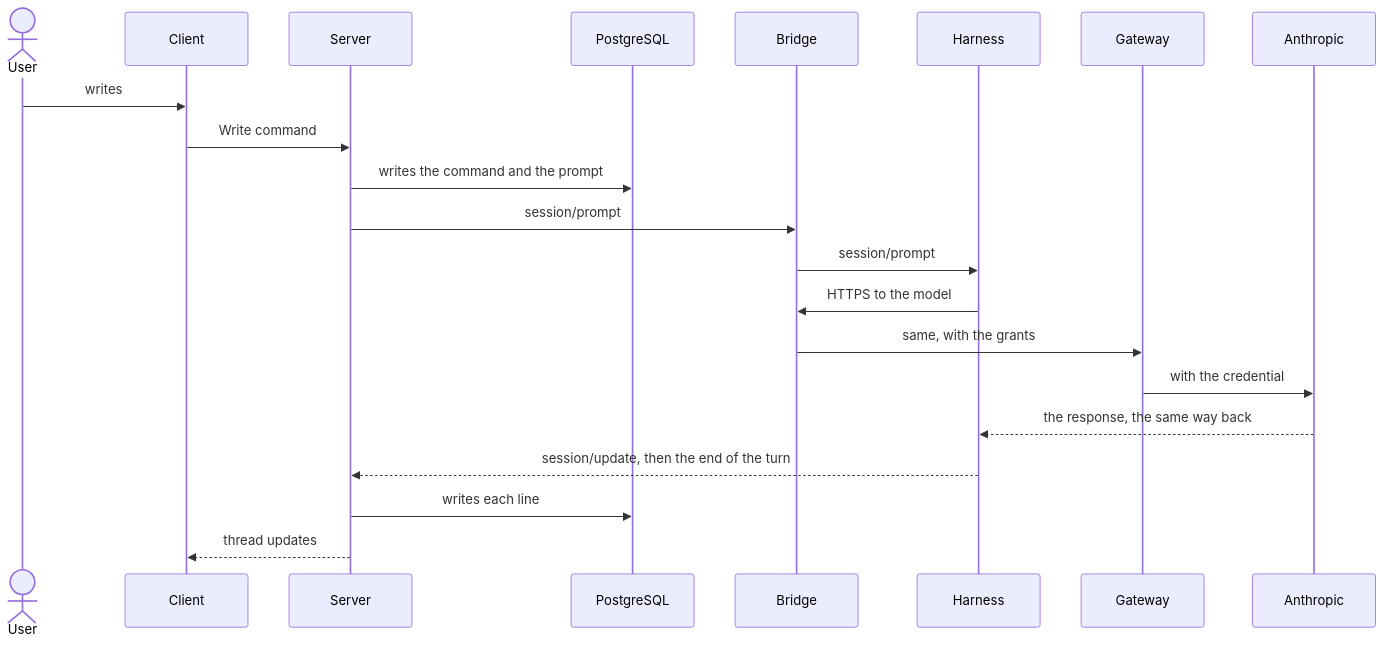
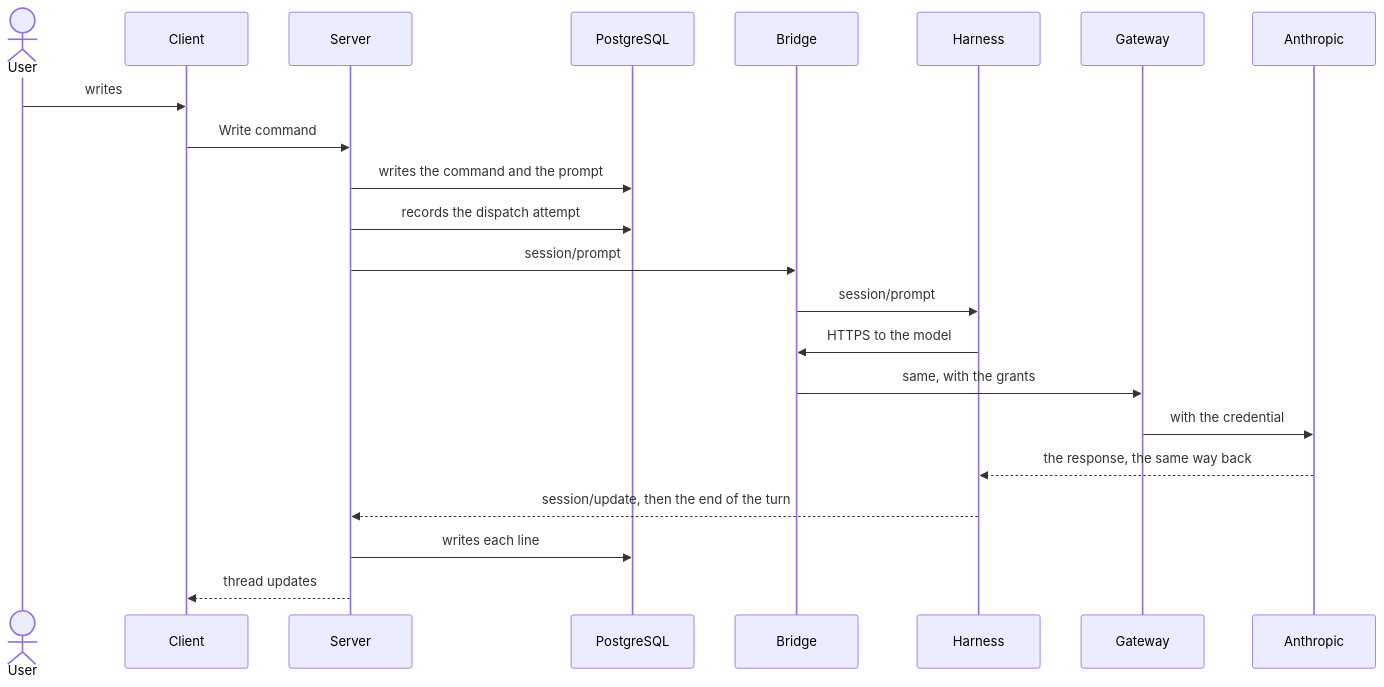
Before and after one commit to arnaultbretagne/agora: the second of 2 diagrams in docs/architecture/_overview.md, drawn with Mermaid. The commit also changed other lines of this file and 5 other files, not shown here.

````diff
--- a/docs/architecture/_overview.md
+++ b/docs/architecture/_overview.md
@@ -95,23 +95,24 @@
 ```mermaid
 sequenceDiagram
     actor User
     participant Client
     participant Server
     participant DB as PostgreSQL
     participant Bridge
     participant Harness
     participant Gateway
     participant Model as Anthropic
     User->>Client: writes
     Client->>Server: Write command
     Server->>DB: writes the command and the prompt
+    Server->>DB: records the dispatch attempt
     Server->>Bridge: session/prompt
     Bridge->>Harness: session/prompt
     Harness->>Bridge: HTTPS to the model
     Bridge->>Gateway: same, with the grants
     Gateway->>Model: with the credential
     Model-->>Harness: the response, the same way back
     Harness-->>Server: session/update, then the end of the turn
     Server->>DB: writes each line
     Server-->>Client: thread updates
 ```
````
